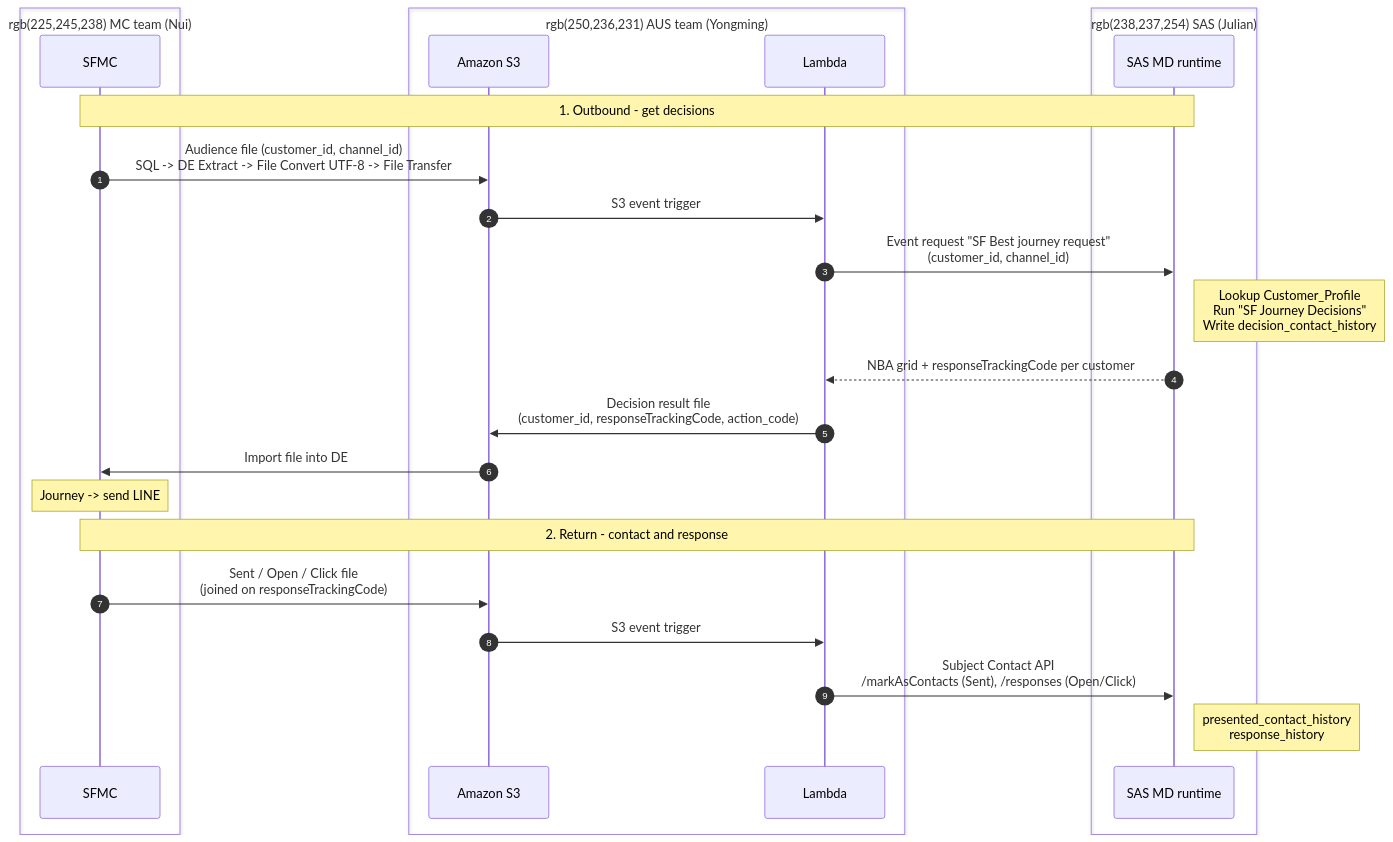
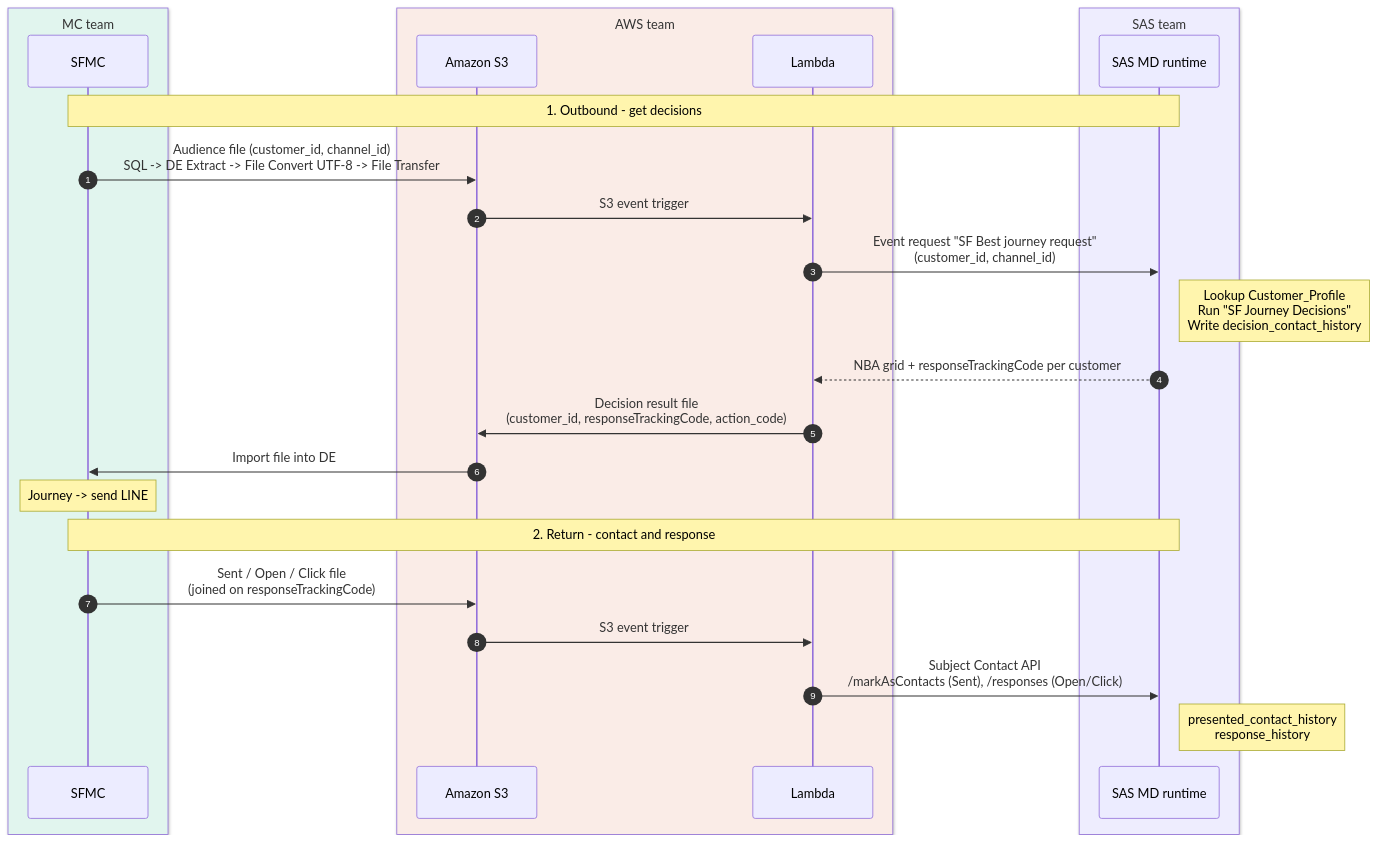
The diagram in sfmc_sas_md_sequence.mmd (buaandkwan-ctrl/mermaid), drawn with Mermaid before and after one commit.

```diff
--- a/sfmc_sas_md_sequence.mmd
+++ b/sfmc_sas_md_sequence.mmd
@@ -1,28 +1,28 @@
 sequenceDiagram
     autonumber
-    box rgb(225,245,238) MC team (Nui)
+    box rgb(225,245,238) MC team 
         participant SFMC as SFMC
     end
-    box rgb(250,236,231) AUS team (Yongming)
+    box rgb(250,236,231) AWS team 
         participant S3 as Amazon S3
         participant L as Lambda
     end
-    box rgb(238,237,254) SAS (Julian)
+    box rgb(238,237,254) SAS team
         participant MD as SAS MD runtime
     end
 
     Note over SFMC,MD: 1. Outbound - get decisions
     SFMC->>S3: Audience file (customer_id, channel_id)<br/>SQL -> DE Extract -> File Convert UTF-8 -> File Transfer
     S3->>L: S3 event trigger
     L->>MD: Event request "SF Best journey request"<br/>(customer_id, channel_id)
     Note right of MD: Lookup Customer_Profile<br/>Run "SF Journey Decisions"<br/>Write decision_contact_history
     MD-->>L: NBA grid + responseTrackingCode per customer
     L->>S3: Decision result file<br/>(customer_id, responseTrackingCode, action_code)
     S3->>SFMC: Import file into DE
     Note over SFMC: Journey -> send LINE
 
     Note over SFMC,MD: 2. Return - contact and response
     SFMC->>S3: Sent / Open / Click file<br/>(joined on responseTrackingCode)
     S3->>L: S3 event trigger
     L->>MD: Subject Contact API<br/>/markAsContacts (Sent), /responses (Open/Click)
     Note right of MD: presented_contact_history<br/>response_history
```
